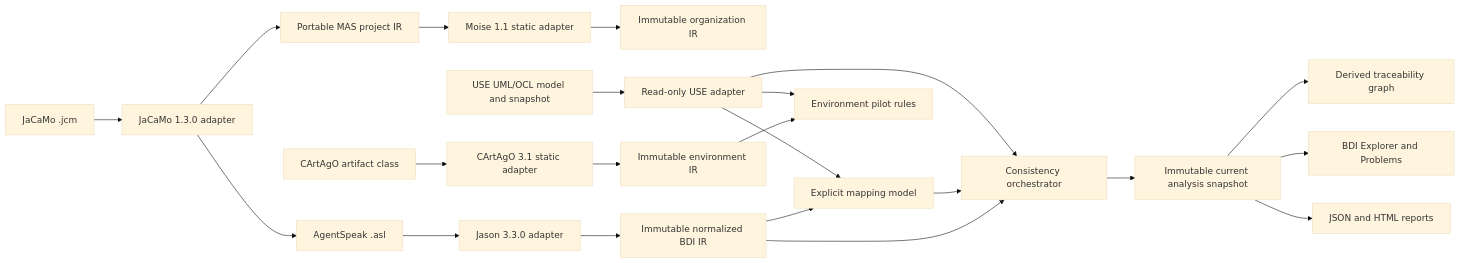
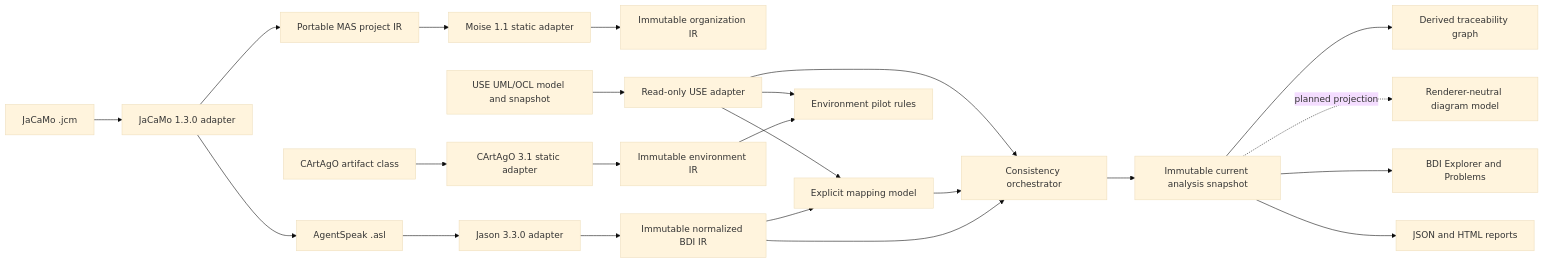
One commit to nguyentrungnghia1802/USE_BDI_Plugin changed the diagram in docs/project/04_SYSTEM_ARCHITECTURE.md. Above: the diagram before and after it, drawn with Mermaid (base theme). The commit also changed other lines of this file and 18 other files, not shown here.

Commit message:
feat(diagram): define immutable visualization domain

````diff
--- a/docs/project/04_SYSTEM_ARCHITECTURE.md
+++ b/docs/project/04_SYSTEM_ARCHITECTURE.md
@@ -8,24 +8,25 @@
 ```mermaid
 flowchart LR
   JCM[JaCaMo .jcm] --> JP[JaCaMo 1.3.0 adapter]
   JP --> MAS[Portable MAS project IR]
   MAS --> MO[Moise 1.1 static adapter]
   MO --> ORG[Immutable organization IR]
   JP --> ASL
   CARTAGO[CArtAgO artifact class] --> CA[CArtAgO 3.1 static adapter]
   CA --> ENV[Immutable environment IR]
   ASL[AgentSpeak .asl] --> JA[Jason 3.3.0 adapter]
   JA --> IR[Immutable normalized BDI IR]
   USE[USE UML/OCL model and snapshot] --> UA[Read-only USE adapter]
   IR --> MAP[Explicit mapping model]
   UA --> MAP
   IR --> VAL[Consistency orchestrator]
   MAP --> VAL
   UA --> VAL
   ENV --> EVAL[Environment pilot rules]
   UA --> EVAL
   VAL --> SNAP[Immutable current analysis snapshot]
   SNAP --> TRACE[Derived traceability graph]
+  SNAP -. planned projection .-> DIA[Renderer-neutral diagram model]
   SNAP --> GUI[BDI Explorer and Problems]
   SNAP --> REP[JSON and HTML reports]
 ```
````
